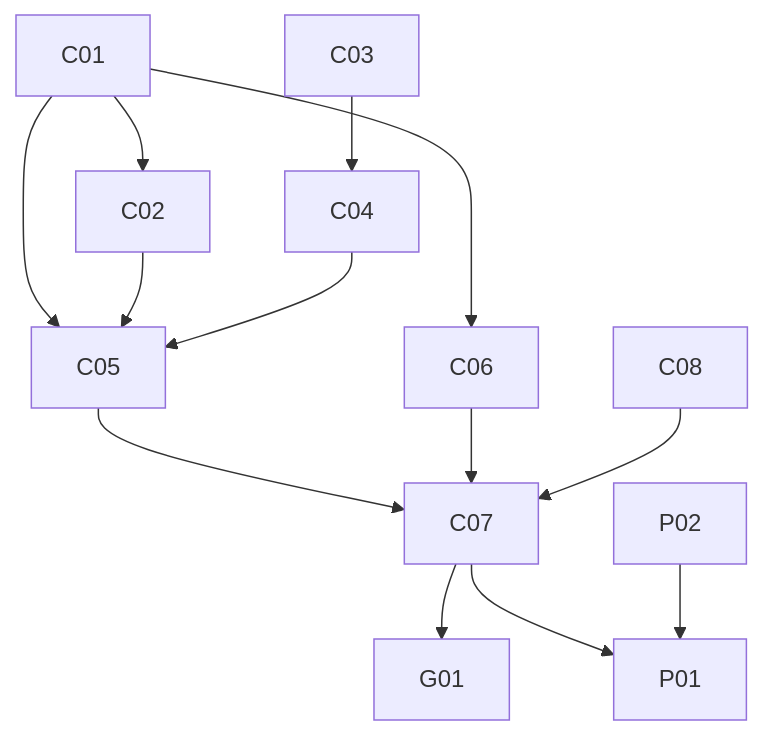
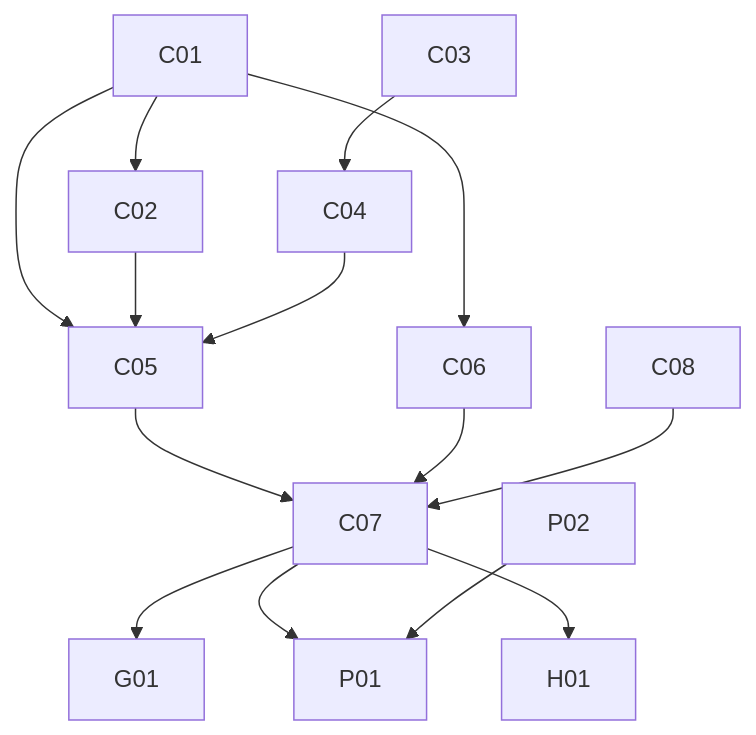
One commit to ochanuco/yunomi changed the diagram in docs/plan/capability-plan.md. Above: the diagram before and after it, drawn with Mermaid. The commit also changed other lines of this file and 15 other files, not shown here.

````diff
--- a/docs/plan/capability-plan.md
+++ b/docs/plan/capability-plan.md
@@ -90,15 +100,16 @@
 ```mermaid
 graph TD
   C01 --> C02
   C01 --> C05
   C02 --> C05
   C03 --> C04
   C04 --> C05
   C01 --> C06
   C05 --> C07
   C06 --> C07
   C08 --> C07
   C07 --> G01
   C07 --> P01
   P02 --> P01
+  C07 --> H01
 ```
````
